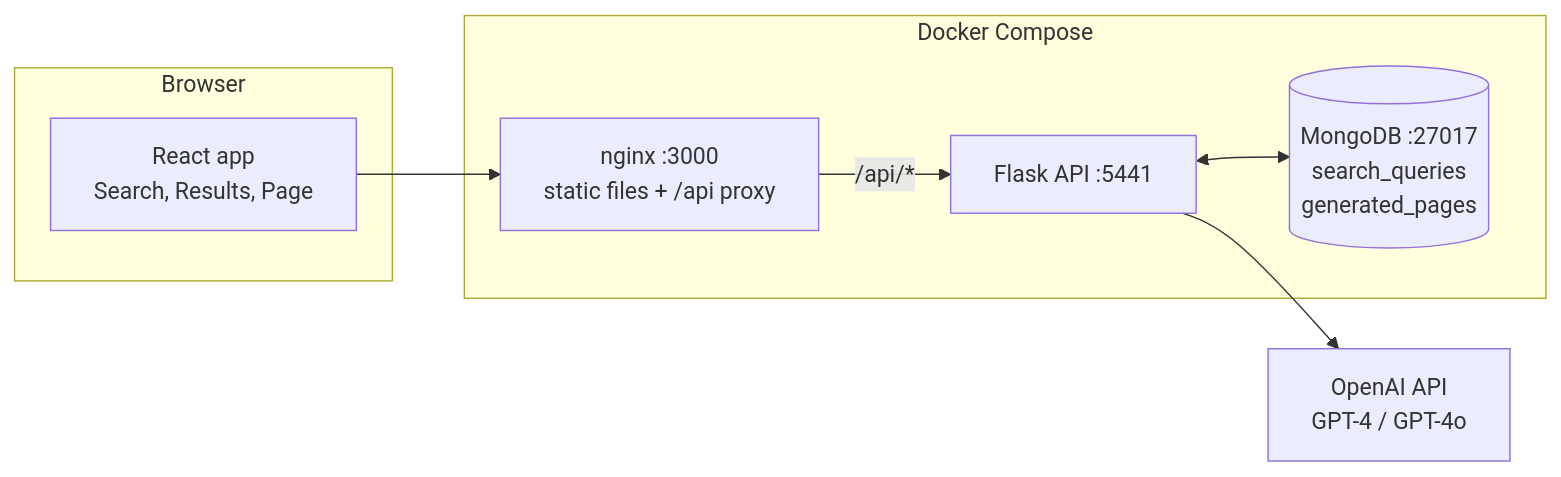
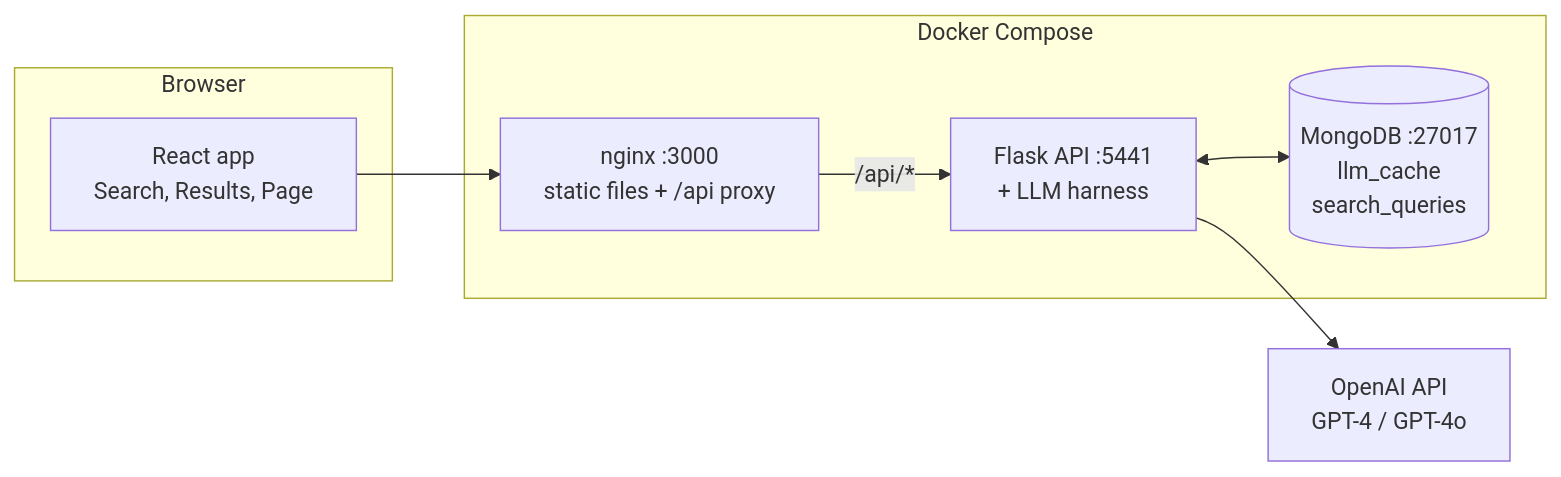
The second of 3 diagrams in README.md (NickZhuxy/Giggle), drawn with Mermaid before and after one commit. The commit also changed other lines of this file and 21 other files, not shown here.

First line of the commit message:
Add a reliable LLM request harness with caching and a fault benchmark

````diff
--- a/README.md
+++ b/README.md
@@ -44,17 +44,17 @@
 ```mermaid
 flowchart LR
     subgraph Browser
         UI["React app<br/>Search, Results, Page"]
     end
     subgraph Docker Compose
         NGINX["nginx :3000<br/>static files + /api proxy"]
-        API["Flask API :5441"]
-        MONGO[("MongoDB :27017<br/>search_queries<br/>generated_pages")]
+        API["Flask API :5441<br/>+ LLM harness"]
+        MONGO[("MongoDB :27017<br/>llm_cache<br/>search_queries")]
     end
     LLM["OpenAI API<br/>GPT-4 / GPT-4o"]
 
     UI --> NGINX
     NGINX -- "/api/*" --> API
     API <--> MONGO
     API --> LLM
 ```
````
